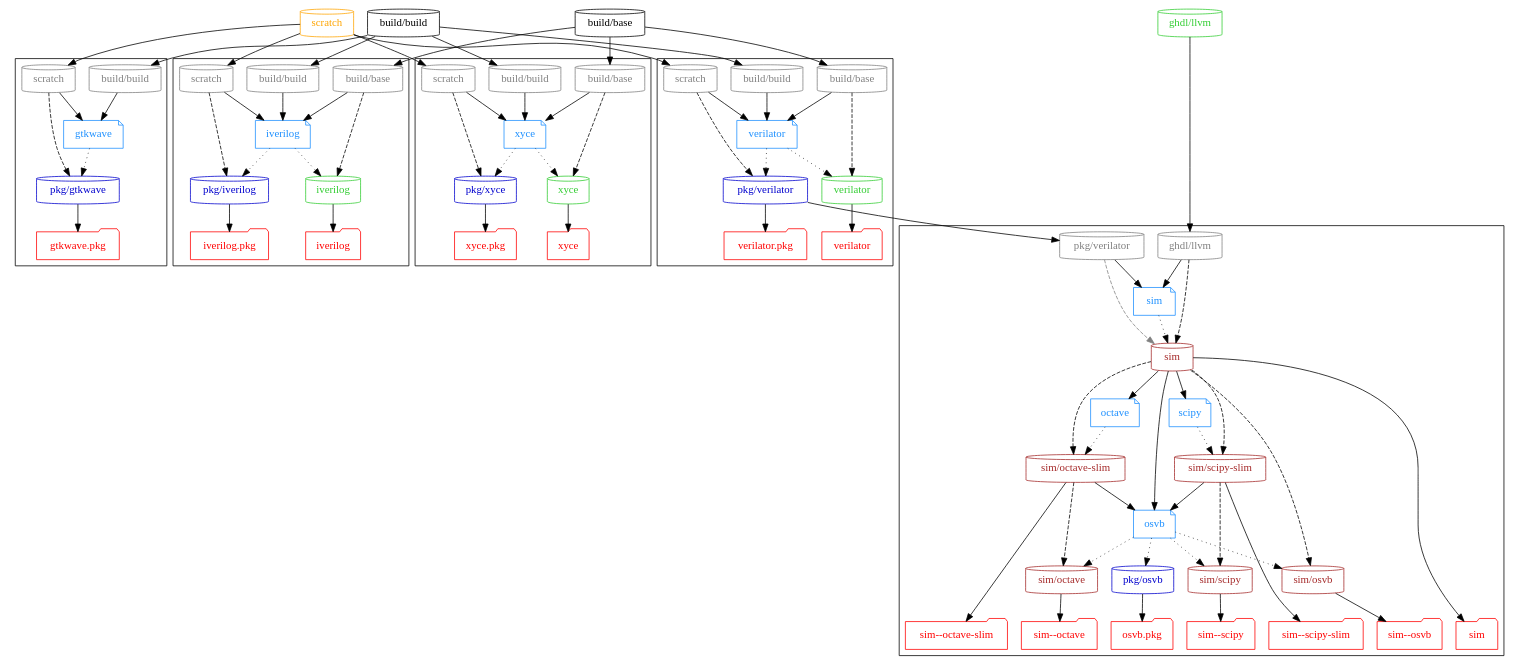
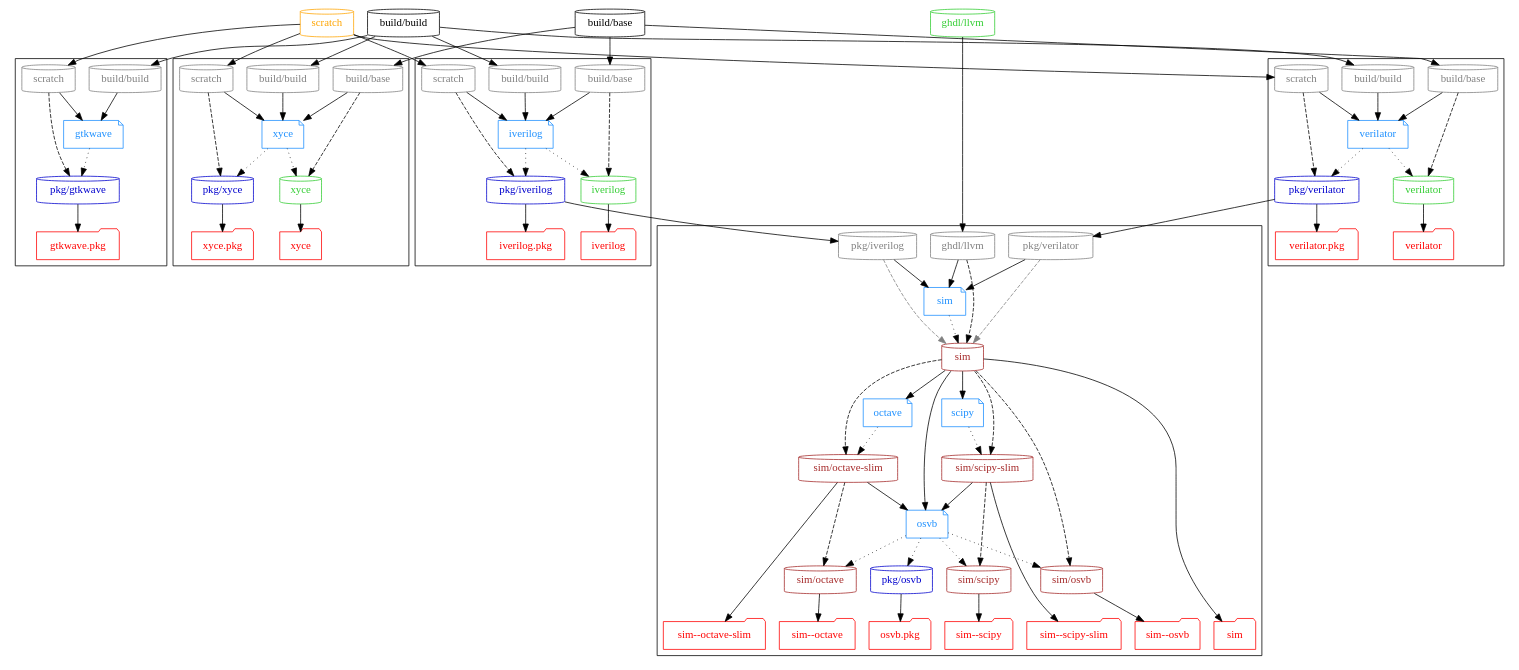
Before and after one commit to hdl/containers: the diagram in graph/sim.dot, drawn with Graphviz. The commit also changed 5 other files, not shown here.

Commit message:
debian-bullseye/sim: add iverilog

```diff
--- a/graph/sim.dot
+++ b/graph/sim.dot
@@ -143,6 +143,7 @@
       node [shape=cylinder, color=grey, fontcolor=grey]
       "p_sim_ghdl/llvm" [label="ghdl/llvm"]
       "p_sim_pkg/verilator" [label="pkg/verilator"]
+      "p_sim_pkg/iverilog" [label="pkg/iverilog"]
     }
 
     d_sim -> "sim" [style=dotted];
@@ -224,13 +225,13 @@
   "build/base" -> "p_verilator_build/base" -> d_verilator;
   "scratch" -> "p_verilator_scratch" -> d_verilator;
 
-
   "build/build" -> "p_xyce_build/build" -> d_xyce;
   "build/base" -> "p_xyce_build/base" -> d_xyce;
   "scratch" -> "p_xyce_scratch" -> d_xyce;
 
   "ghdl/llvm" -> "p_sim_ghdl/llvm" -> d_sim;
   "pkg/verilator" -> "p_sim_pkg/verilator" -> d_sim;
+  "pkg/iverilog" -> "p_sim_pkg/iverilog" -> d_sim;
 
   # Image dependencies
 
@@ -258,6 +259,7 @@
 
   { edge [style=dashed, color=grey]
     "p_sim_pkg/verilator" -> "sim";
+    "p_sim_pkg/iverilog" -> "sim";
   }
 
 }
```
